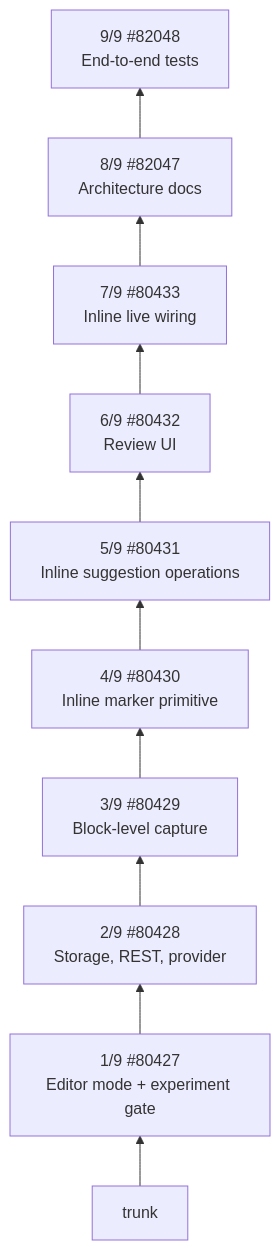
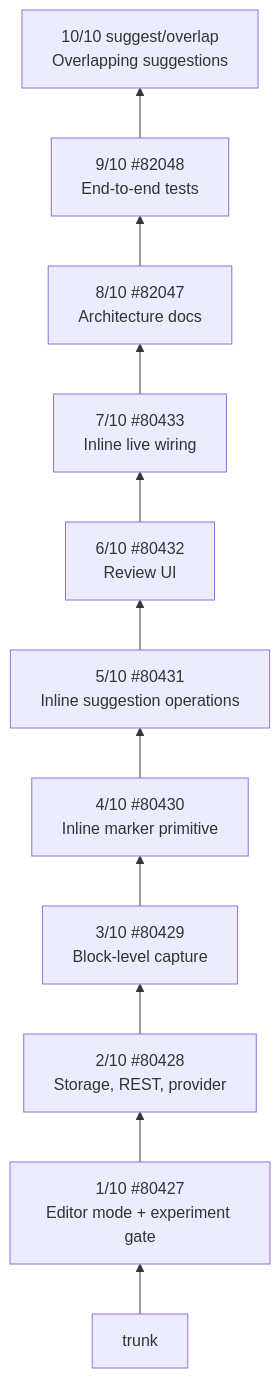
Before and after one commit to WordPress/gutenberg: the second of 8 diagrams in docs/explanations/architecture/suggestions-overview.md, drawn with Mermaid. The commit also changed other lines of this file and 1 other file, not shown here.

Commit message:
Suggestion mode: Document overlapping suggestions as stacks and deltas
The architecture docs still described same-kind overlaps and format-on-format
as refused. Describe the model the code now follows: stacked markers in
canonical order, per-suggestion formatting deltas, the one publish rule,
the outdated rule, nested block suggestions, and the shared overlap
fixtures that check every accept/reject order at each layer.

Claude-Session: https://claude.ai/code/session_018vwYjSML4Zz1mn6WAUrFyP

````diff
--- a/docs/explanations/architecture/suggestions-overview.md
+++ b/docs/explanations/architecture/suggestions-overview.md
@@ -83,14 +83,15 @@
 ```mermaid
 flowchart BT
     T["trunk"]
-    P1["1/9 #80427<br/>Editor mode + experiment gate"]
-    P2["2/9 #80428<br/>Storage, REST, provider"]
-    P3["3/9 #80429<br/>Block-level capture"]
-    P4["4/9 #80430<br/>Inline marker primitive"]
-    P5["5/9 #80431<br/>Inline suggestion operations"]
-    P6["6/9 #80432<br/>Review UI"]
-    P7["7/9 #80433<br/>Inline live wiring"]
-    P8["8/9 #82047<br/>Architecture docs"]
-    P9["9/9 #82048<br/>End-to-end tests"]
-    T --> P1 --> P2 --> P3 --> P4 --> P5 --> P6 --> P7 --> P8 --> P9
+    P1["1/10 #80427<br/>Editor mode + experiment gate"]
+    P2["2/10 #80428<br/>Storage, REST, provider"]
+    P3["3/10 #80429<br/>Block-level capture"]
+    P4["4/10 #80430<br/>Inline marker primitive"]
+    P5["5/10 #80431<br/>Inline suggestion operations"]
+    P6["6/10 #80432<br/>Review UI"]
+    P7["7/10 #80433<br/>Inline live wiring"]
+    P8["8/10 #82047<br/>Architecture docs"]
+    P9["9/10 #82048<br/>End-to-end tests"]
+    P10["10/10 suggest/overlap<br/>Overlapping suggestions"]
+    T --> P1 --> P2 --> P3 --> P4 --> P5 --> P6 --> P7 --> P8 --> P9 --> P10
 ```
````
